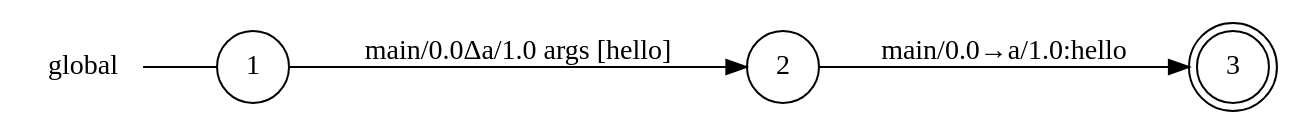
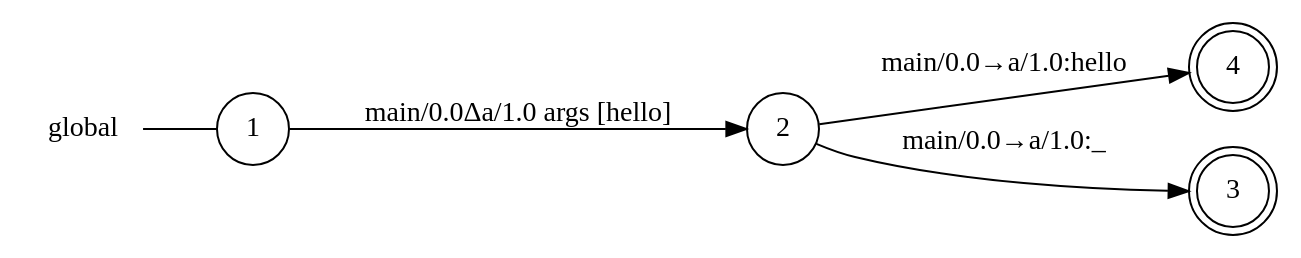
One commit to gabrielegenovese/chorer changed the diagram in examples/pass/main_0_global_view.dot. Above: the diagram before and after it, drawn with Graphviz. The commit also changed 2 other files, not shown here.

```diff
--- a/examples/pass/main_0_global_view.dot
+++ b/examples/pass/main_0_global_view.dot
@@ -1,11 +1,13 @@
 digraph global {
 	rankdir="LR";
 	n_0 [label="global", shape="plaintext"];
 	n_1 [id="1", shape=circle, label="1"];
 	n_0 -> n_1 [arrowhead=none];
-	n_2 [id="3", shape=doublecircle, label="3"];
-	n_3 [id="2", shape=circle, label="2"];
+	n_2 [id="4", shape=doublecircle, label="4"];
+	n_3 [id="3", shape=doublecircle, label="3"];
+	n_4 [id="2", shape=circle, label="2"];
 
-	n_1 -> n_3 [id="[$e|0]", label="main/0.0Δa/1.0 args [hello]"];
-	n_3 -> n_2 [id="[$e|1]", label="main/0.0→a/1.0:hello"];
+	n_1 -> n_4 [id="[$e|0]", label="main/0.0Δa/1.0 args [hello]"];
+	n_4 -> n_2 [id="[$e|2]", label="main/0.0→a/1.0:hello"];
+	n_4 -> n_3 [id="[$e|1]", label="main/0.0→a/1.0:_"];
 }
```
